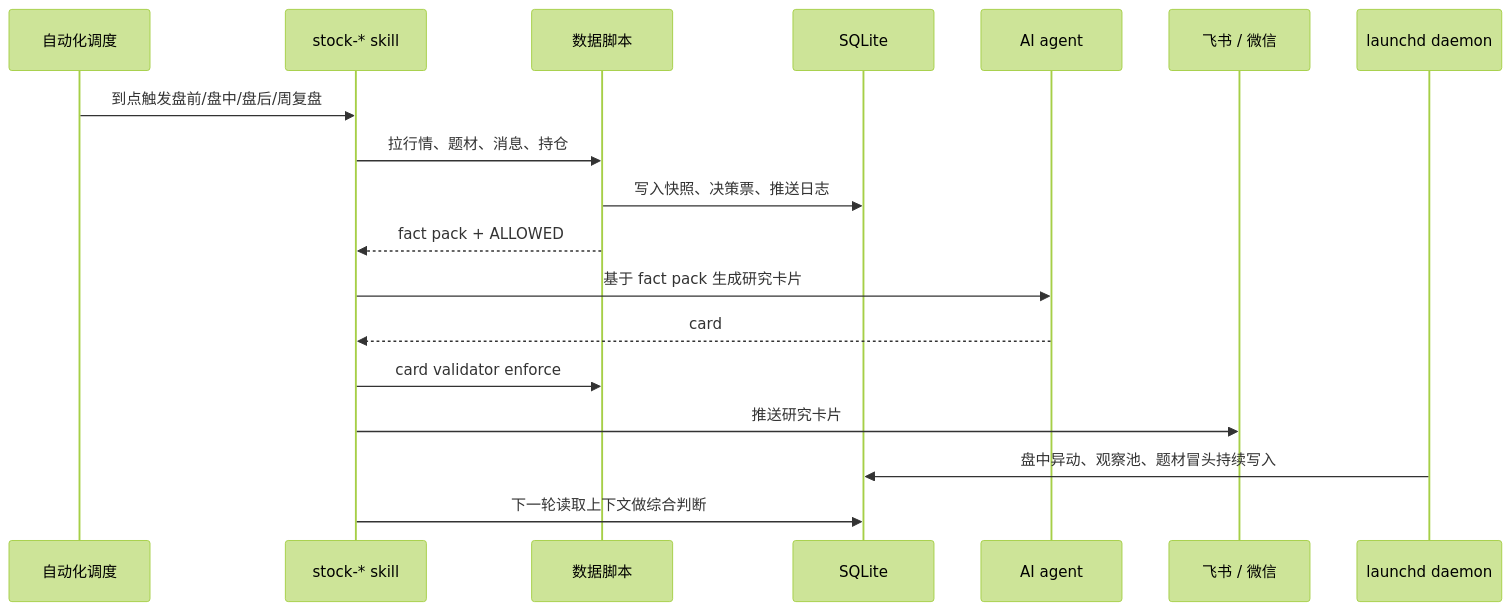
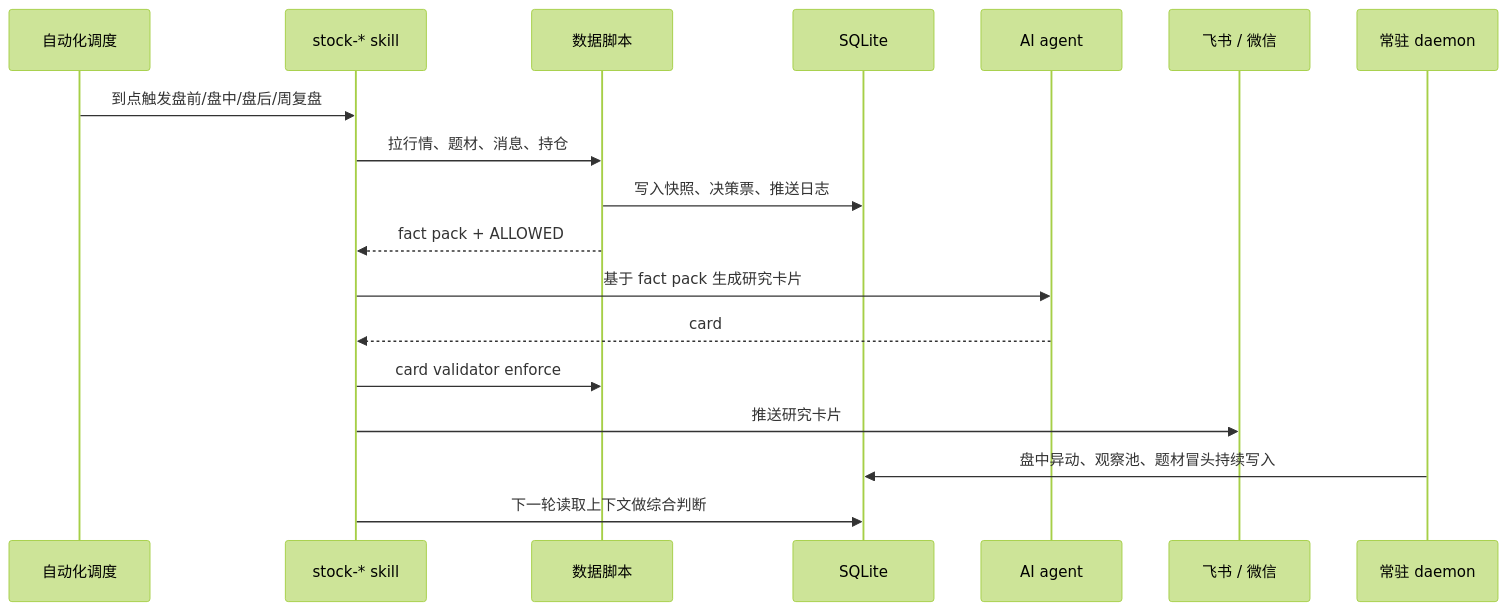
The second of 2 diagrams in README.md (wispig66/a-stock-agent), drawn with Mermaid (forest theme) before and after one commit. The commit also changed other lines of this file and 1 other file, not shown here.

````diff
--- a/README.md
+++ b/README.md
@@ -84,21 +85,21 @@
 ```mermaid
 sequenceDiagram
     participant Auto as 自动化调度
     participant Skill as stock-* skill
     participant Data as 数据脚本
     participant DB as SQLite
     participant LLM as AI agent
     participant Push as 飞书 / 微信
-    participant Daemon as launchd daemon
+    participant Daemon as 常驻 daemon
 
     Auto->>Skill: 到点触发盘前/盘中/盘后/周复盘
     Skill->>Data: 拉行情、题材、消息、持仓
     Data->>DB: 写入快照、决策票、推送日志
     Data-->>Skill: fact pack + ALLOWED
     Skill->>LLM: 基于 fact pack 生成研究卡片
     LLM-->>Skill: card
     Skill->>Data: card validator enforce
     Skill->>Push: 推送研究卡片
     Daemon->>DB: 盘中异动、观察池、题材冒头持续写入
     Skill->>DB: 下一轮读取上下文做综合判断
 ```
````
